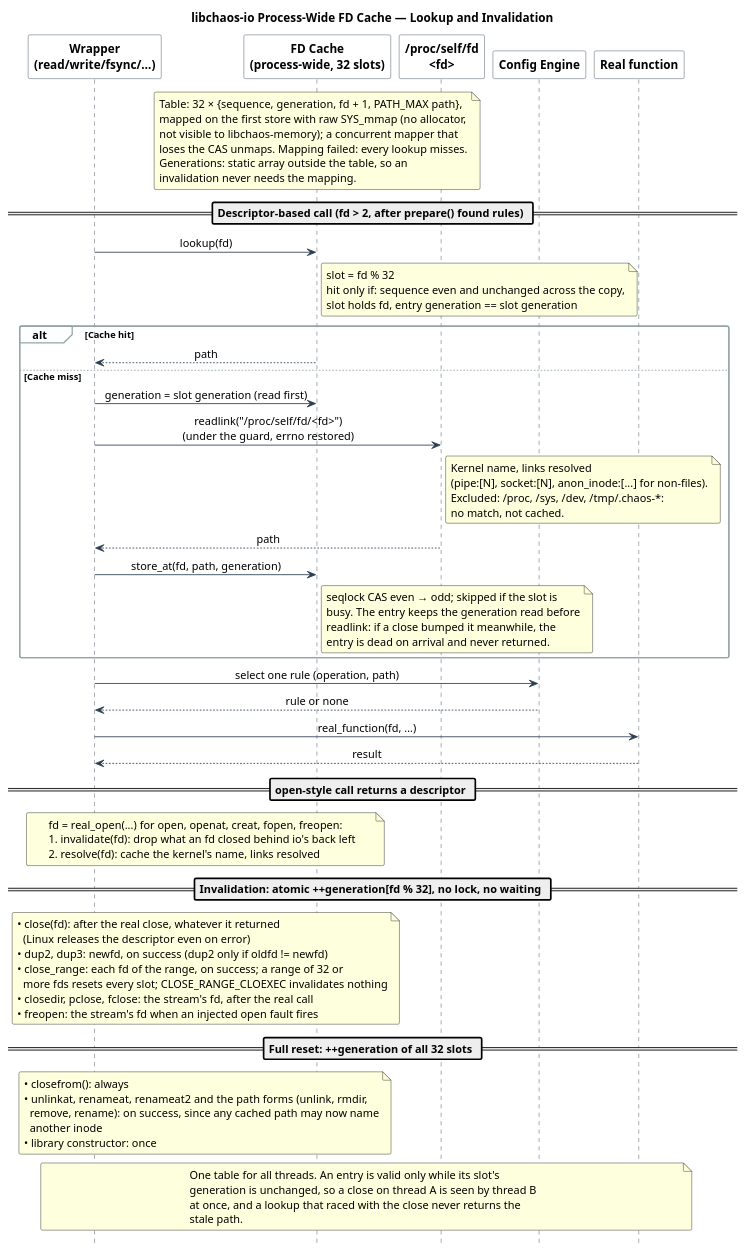
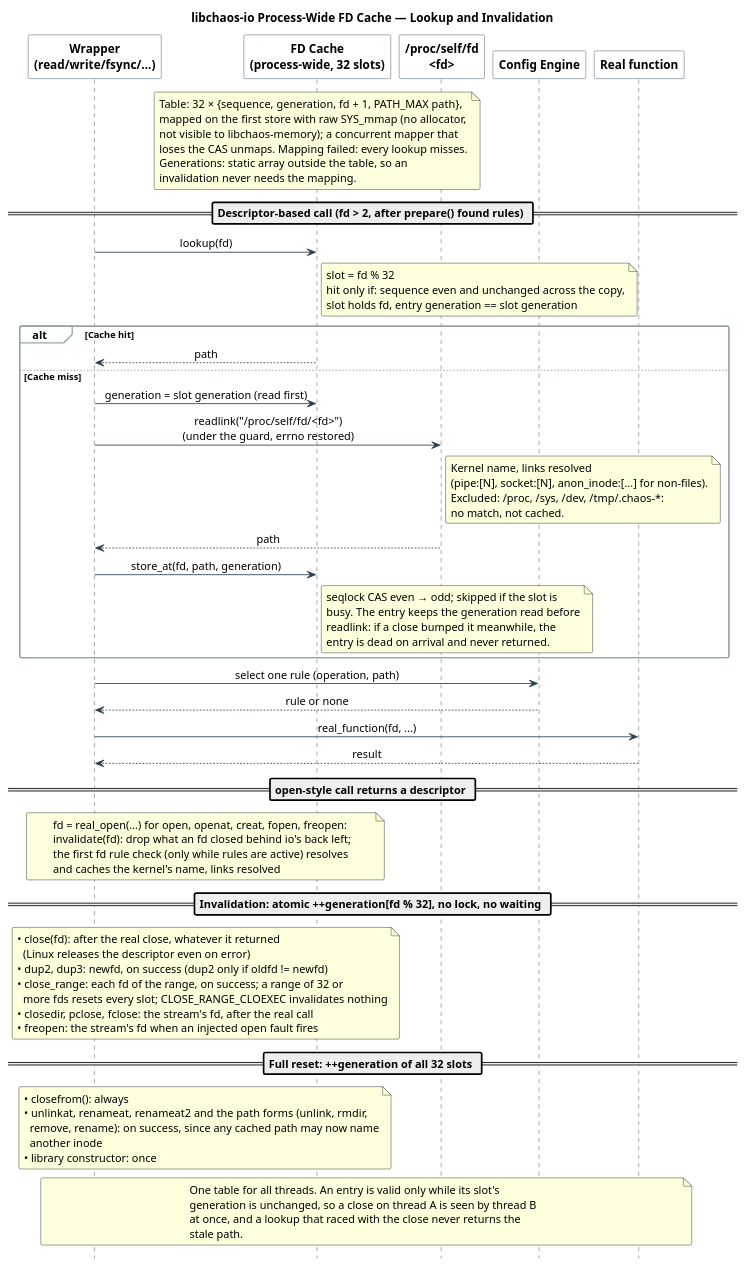
Before and after one commit to macstab/macstab-chaos-testing-libraries: the diagram in docs/diagrams/fdcache.puml, drawn with PlantUML. The commit also changed 103 other files, not shown here.

```diff
--- a/docs/diagrams/fdcache.puml
+++ b/docs/diagrams/fdcache.puml
@@ -1,119 +1,120 @@
 @startuml fdcache
 '
 ' Engineered by  Christian Schnapka
 '                Embedded Principal+ Engineer
 '                Macstab GmbH · Hamburg, Germany
 '                https://macstab.com
 '
 ' libchaos-io process-wide fd cache: direct-mapped lookup with a per-slot
 ' seqlock and generation, /proc/self/fd miss resolution, and every
 ' invalidation trigger.
 '
 ' Reference: docs/IO.md §6 "FD cache", docs/ARCHITECTURE.md "FD Path Resolution"
 '            src/config/chaos_io_fdcache.c, src/wrappers/chaos_io_sync.c
 '
 title libchaos-io Process-Wide FD Cache — Lookup and Invalidation
 
 skinparam sequenceMessageAlign center
 skinparam shadowing false
 skinparam roundCorner 4
 skinparam sequence {
   ArrowColor                 #2C3E50
   LifeLineBorderColor        #2C3E50
   LifeLineBackgroundColor    #ECF0F1
   ParticipantBorderColor     #2C3E50
   ParticipantBackgroundColor #FFFFFF
   ParticipantFontStyle       bold
   GroupBackgroundColor       #FDFEFE
   GroupBorderColor           #95A5A6
 }
 hide footbox
 
 participant "Wrapper\n(read/write/fsync/…)" as Wrap
 participant "FD Cache\n(process-wide, 32 slots)" as Cache
 participant "/proc/self/fd\n<fd>" as Proc
 participant "Config Engine" as Config
 participant "Real function" as Real
 
 note over Cache
   Table: 32 × {sequence, generation, fd + 1, PATH_MAX path},
   mapped on the first store with raw SYS_mmap (no allocator,
   not visible to libchaos-memory); a concurrent mapper that
   loses the CAS unmaps. Mapping failed: every lookup misses.
   Generations: static array outside the table, so an
   invalidation never needs the mapping.
 end note
 
 == Descriptor-based call (fd > 2, after prepare() found rules) ==
 
 Wrap -> Cache : lookup(fd)
 note right of Cache
   slot = fd % 32
   hit only if: sequence even and unchanged across the copy,
   slot holds fd, entry generation == slot generation
 end note
 
 alt Cache hit
   Cache --> Wrap : path
 else Cache miss
   Wrap -> Cache : generation = slot generation (read first)
   Wrap -> Proc : readlink("/proc/self/fd/<fd>")\n(under the guard, errno restored)
   note right of Proc
     Kernel name, links resolved
     (pipe:[N], socket:[N], anon_inode:[...] for non-files).
     Excluded: /proc, /sys, /dev, /tmp/.chaos-*:
     no match, not cached.
   end note
   Proc --> Wrap : path
   Wrap -> Cache : store_at(fd, path, generation)
   note right of Cache
     seqlock CAS even → odd; skipped if the slot is
     busy. The entry keeps the generation read before
     readlink: if a close bumped it meanwhile, the
     entry is dead on arrival and never returned.
   end note
 end
 
 Wrap -> Config : select one rule (operation, path)
 Config --> Wrap : rule or none
 Wrap -> Real : real_function(fd, …)
 Real --> Wrap : result
 
 == open-style call returns a descriptor ==
 
 note over Wrap, Cache
   fd = real_open(...) for open, openat, creat, fopen, freopen:
-  1. invalidate(fd): drop what an fd closed behind io's back left
-  2. resolve(fd): cache the kernel's name, links resolved
+  invalidate(fd): drop what an fd closed behind io's back left;
+  the first fd rule check (only while rules are active) resolves
+  and caches the kernel's name, links resolved
 end note
 
 == Invalidation: atomic ++generation[fd % 32], no lock, no waiting ==
 
 note over Wrap, Cache
   • close(fd): after the real close, whatever it returned
     (Linux releases the descriptor even on error)
   • dup2, dup3: newfd, on success (dup2 only if oldfd != newfd)
   • close_range: each fd of the range, on success; a range of 32 or
     more fds resets every slot; CLOSE_RANGE_CLOEXEC invalidates nothing
   • closedir, pclose, fclose: the stream's fd, after the real call
   • freopen: the stream's fd when an injected open fault fires
 end note
 
 == Full reset: ++generation of all 32 slots ==
 
 note over Wrap, Cache
   • closefrom(): always
   • unlinkat, renameat, renameat2 and the path forms (unlink, rmdir,
     remove, rename): on success, since any cached path may now name
     another inode
   • library constructor: once
 end note
 
 note across
   One table for all threads. An entry is valid only while its slot's
   generation is unchanged, so a close on thread A is seen by thread B
   at once, and a lookup that raced with the close never returns the
   stale path.
 end note
 
 @enduml
```
